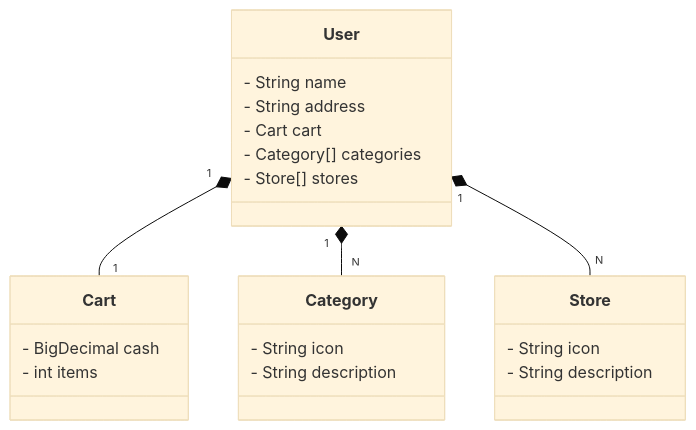
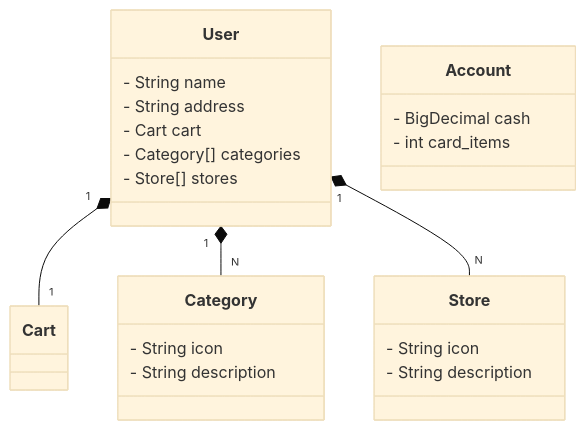
One commit to Pedro-Jordao/dev-week-2023-api-baseada-no-exemplo changed the diagram in README.md. Above: the diagram before and after it, drawn with Mermaid (base theme).

Commit message:
Update README.md
Changed Cart to Account and items to card_items

````diff
--- a/README.md
+++ b/README.md
@@ -2,30 +2,30 @@
 ```mermaid
 classDiagram
     class User {
         - String name
         - String address
         - Cart cart
         - Category[] categories
         - Store[] stores
     }
 
-    class Cart {
+    class Account {
         - BigDecimal cash
-        - int items
+        - int card_items
     }
 
     class Category {
         - String icon
         - String description
     }
 
 
     class Store {
         - String icon
         - String description
     }
 
     User "1" *-- "1" Cart
     User "1" *-- "N" Category 
     User "1" *-- "N" Store 
 ```
````
